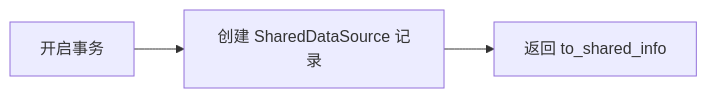
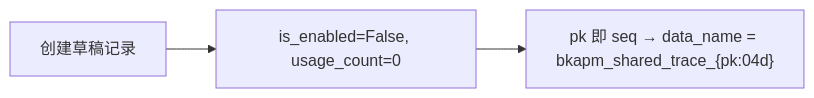
One commit to ZhuoZhuoCrayon/ai-workspace changed the fifth of 9 diagrams in knowledge/bkmonitor/issues/2026-03-03-apm-shared-datasource/PLAN.md. Above: the diagram before and after it, drawn with Mermaid. The commit also changed other lines of this file, not shown here.

First line of the commit message:
docs(bkmonitor): APM shared datasource PLAN 采用 pk-as-seq + Draft 模式

````diff
--- a/knowledge/bkmonitor/issues/2026-03-03-apm-shared-datasource/PLAN.md
+++ b/knowledge/bkmonitor/issues/2026-03-03-apm-shared-datasource/PLAN.md
@@ -186,4 +198,5 @@
 ```mermaid
 flowchart LR
-    A[开启事务] --> B[创建 SharedDataSource 记录] --> C[返回 to_shared_info]
+    A[创建草稿记录] --> B["is_enabled=False, usage_count=0"]
+    B --> C["pk 即 seq → data_name = bkapm_shared_trace_{pk:04d}"]
 ```
````
